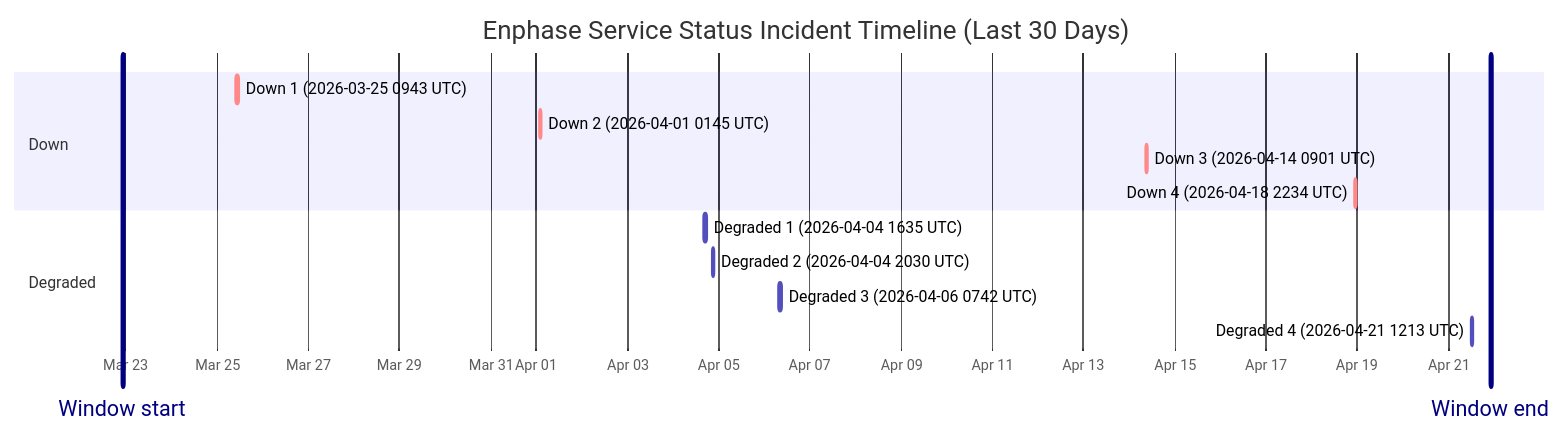
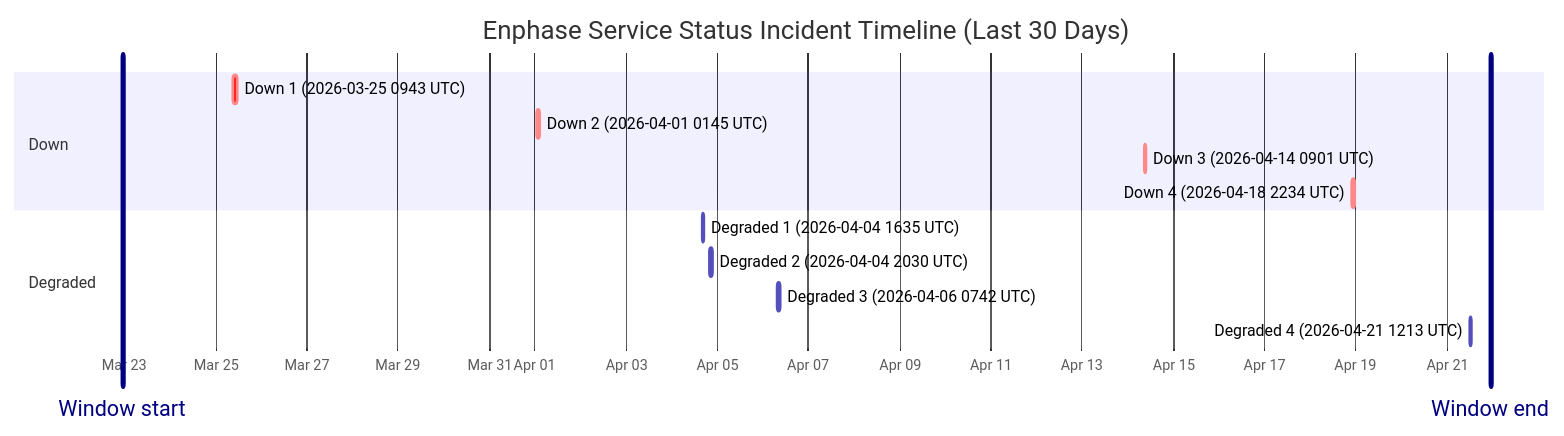
Before and after one commit to barneyonline/ha-enphase-ev-charger: the diagram in wiki/Service-Status-History.md, drawn with Mermaid. The commit also changed other lines of this file and 3 other files, not shown here.

````diff
--- a/wiki/Service-Status-History.md
+++ b/wiki/Service-Status-History.md
@@ -14,18 +14,18 @@
 ```mermaid
 gantt
     title Enphase Service Status Incident Timeline (Last 30 Days)
     dateFormat  YYYY-MM-DDTHH:mm:ss
     axisFormat  %b %d
-    Window start :vert, window-start, 2026-03-22T22:07:39, 0ms
-    Window end :vert, window-end, 2026-04-21T22:07:39, 0ms
+    Window start :vert, window-start, 2026-03-22T23:06:39, 0ms
+    Window end :vert, window-end, 2026-04-21T23:06:39, 0ms
     section Down
     Down 1 (2026-03-25 0943 UTC) :crit, down-1, 2026-03-25T09:43:28, 111m
     Down 2 (2026-04-01 0145 UTC) :crit, down-2, 2026-04-01T01:45:09, 60m
     Down 3 (2026-04-14 0901 UTC) :crit, down-3, 2026-04-14T09:01:13, 60m
     Down 4 (2026-04-18 2234 UTC) :crit, down-4, 2026-04-18T22:34:13, 60m
     section Degraded
     Degraded 1 (2026-04-04 1635 UTC) :active, degraded-1, 2026-04-04T16:35:17, 60m
     Degraded 2 (2026-04-04 2030 UTC) :active, degraded-2, 2026-04-04T20:30:40, 60m
     Degraded 3 (2026-04-06 0742 UTC) :active, degraded-3, 2026-04-06T07:42:09, 85m
     Degraded 4 (2026-04-21 1213 UTC) :active, degraded-4, 2026-04-21T12:13:11, 60m
 ```
````
